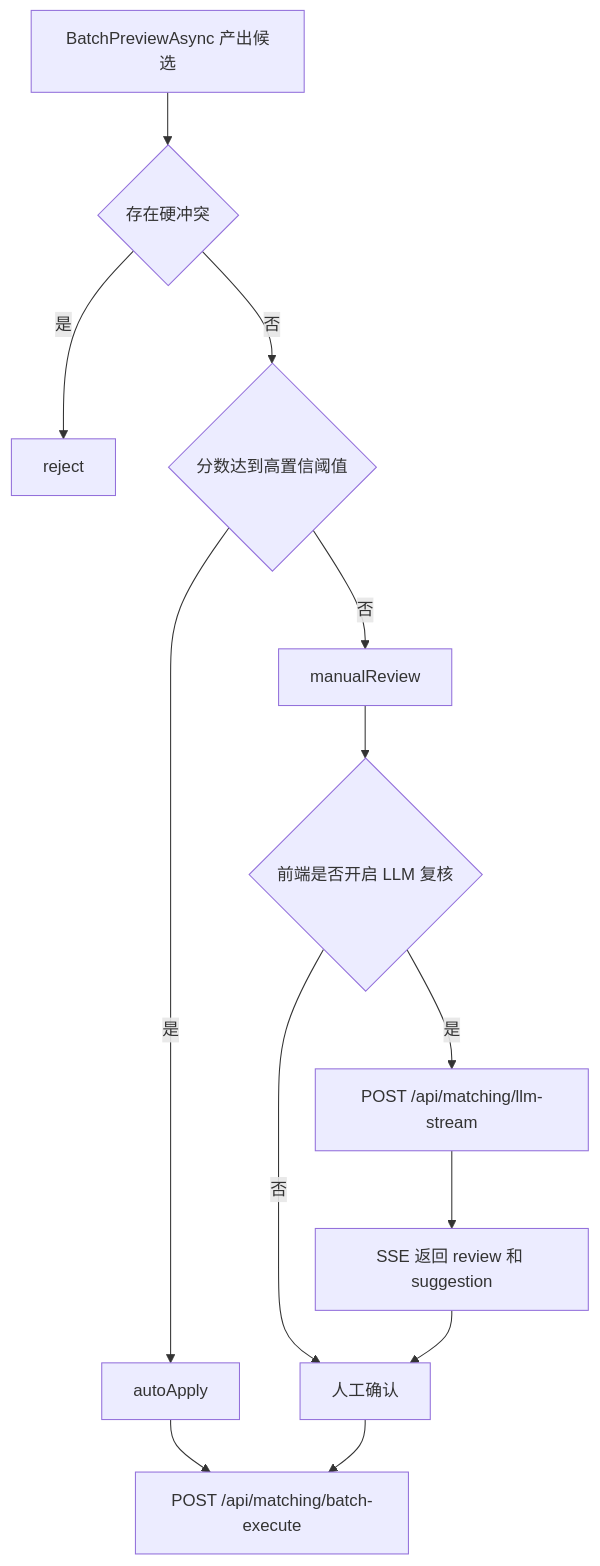
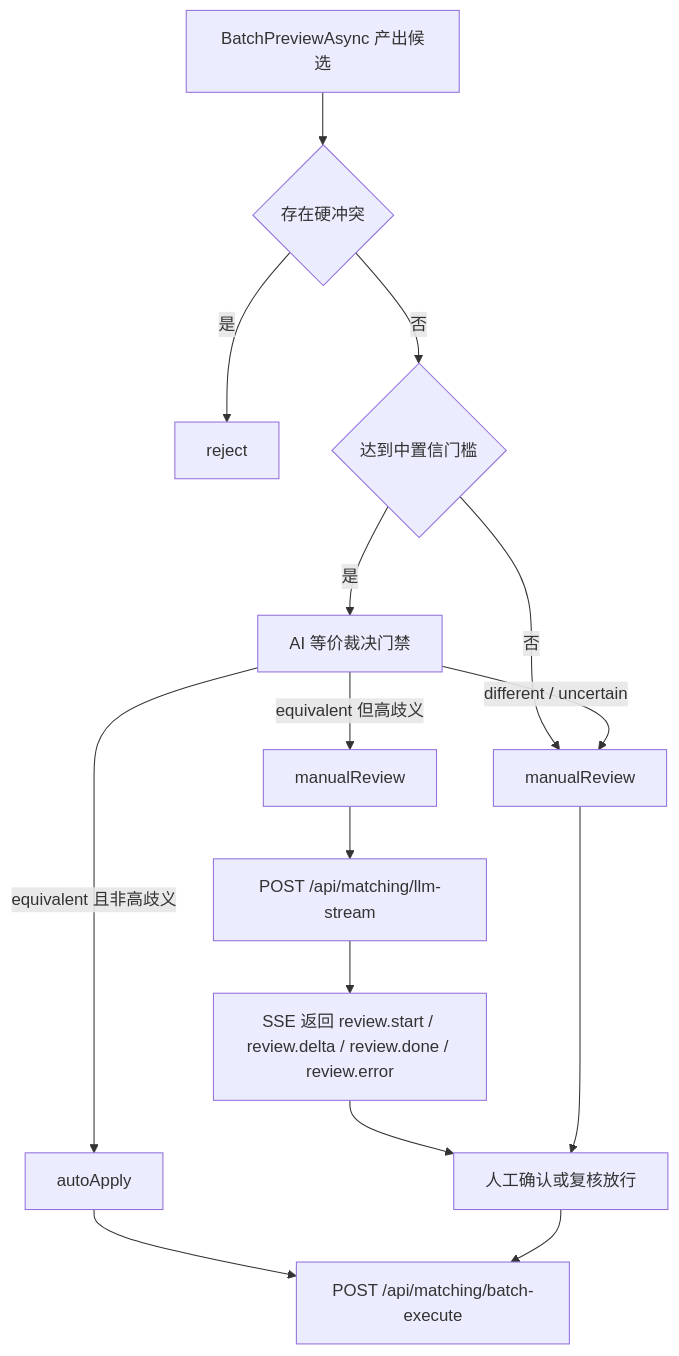
One commit to xiaocaiisxiaocai/AcceptanceSpecRecognition changed the eighth of 11 diagrams in docs/architecture-diagrams.md. Above: the diagram before and after it, drawn with Mermaid. The commit also changed 255 other files, not shown here.

````diff
--- a/docs/architecture-diagrams.md
+++ b/docs/architecture-diagrams.md
@@ -365,17 +365,20 @@
 ```mermaid
 flowchart TD
     A[BatchPreviewAsync 产出候选] --> B{存在硬冲突}
     B -->|是| C[reject]
-    B -->|否| D{分数达到高置信阈值}
-    D -->|是| E[autoApply]
-    D -->|否| F[manualReview]
+    B -->|否| D{达到中置信门槛}
+    D -->|否| E[manualReview]
+    D -->|是| F[AI 等价裁决门禁]
 
-    F --> G{前端是否开启 LLM 复核}
-    G -->|否| H[人工确认]
-    G -->|是| I[POST /api/matching/llm-stream]
-    I --> J[SSE 返回 review 和 suggestion]
-    J --> H
+    F -->|equivalent 且非高歧义| G[autoApply]
+    F -->|different / uncertain| E
+    F -->|equivalent 但高歧义| H[manualReview]
 
-    E --> K[POST /api/matching/batch-execute]
-    H --> K
+    H --> I[POST /api/matching/llm-stream]
+    I --> J[SSE 返回 review.start / review.delta / review.done / review.error]
+    J --> K[人工确认或复核放行]
+
+    E --> K
+    G --> L[POST /api/matching/batch-execute]
+    K --> L
 ```
````
